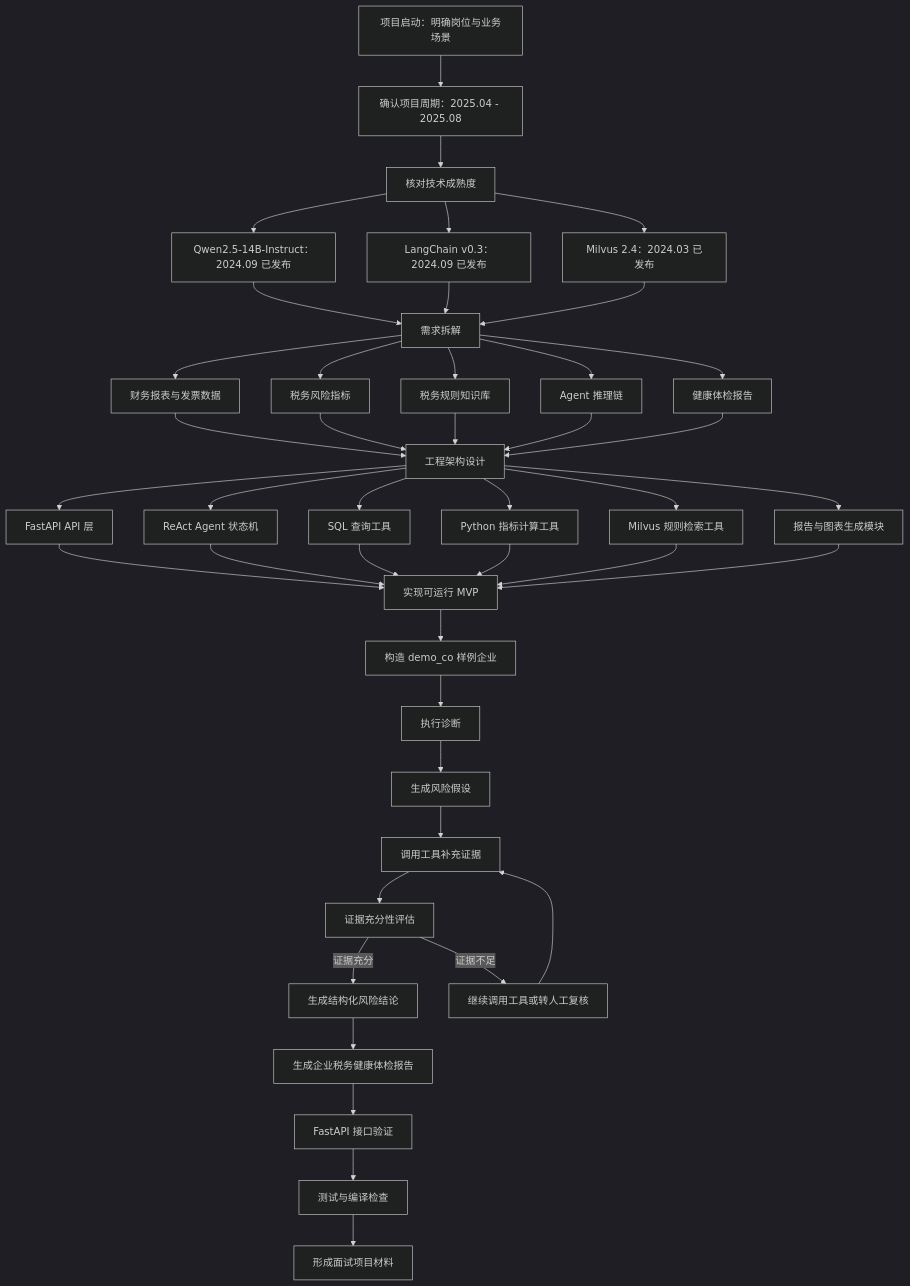
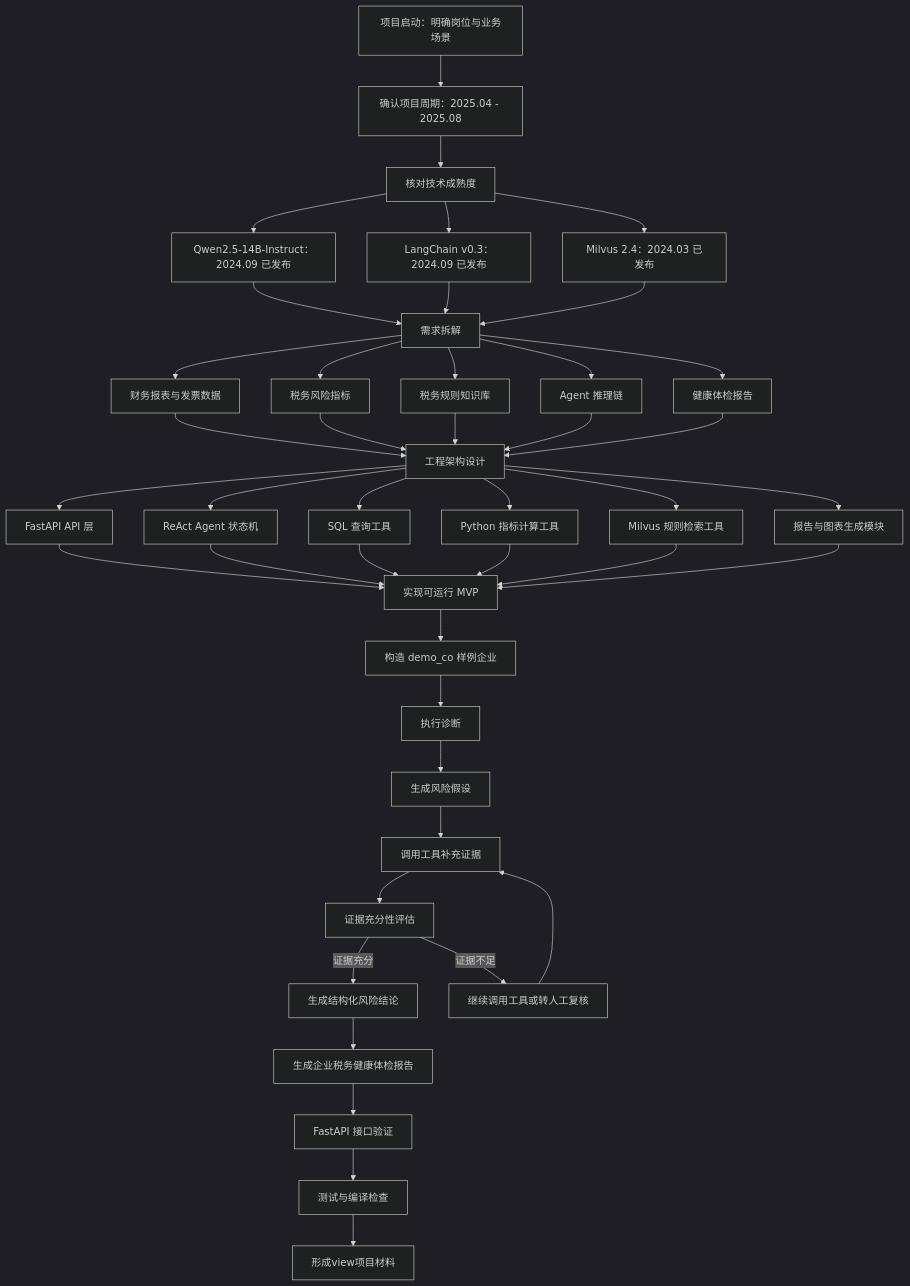
Before and after one commit to yingxiaotao0827/3_tax_risk_agent_codex: the first of 2 diagrams in docs/project_build_process.md, drawn with Mermaid (dark theme). The commit also changed other lines of this file and 8 other files, not shown here.

````diff
--- a/docs/project_build_process.md
+++ b/docs/project_build_process.md
@@ -177,51 +177,51 @@
 ```mermaid
 flowchart TD
     A["项目启动：明确岗位与业务场景"] --> B["确认项目周期：2025.04 - 2025.08"]
     B --> C["核对技术成熟度"]
     C --> C1["Qwen2.5-14B-Instruct：2024.09 已发布"]
     C --> C2["LangChain v0.3：2024.09 已发布"]
     C --> C3["Milvus 2.4：2024.03 已发布"]
 
     C1 --> D["需求拆解"]
     C2 --> D
     C3 --> D
 
     D --> D1["财务报表与发票数据"]
     D --> D2["税务风险指标"]
     D --> D3["税务规则知识库"]
     D --> D4["Agent 推理链"]
     D --> D5["健康体检报告"]
 
     D1 --> E["工程架构设计"]
     D2 --> E
     D3 --> E
     D4 --> E
     D5 --> E
 
     E --> F1["FastAPI API 层"]
     E --> F2["ReAct Agent 状态机"]
     E --> F3["SQL 查询工具"]
     E --> F4["Python 指标计算工具"]
     E --> F5["Milvus 规则检索工具"]
     E --> F6["报告与图表生成模块"]
 
     F1 --> G["实现可运行 MVP"]
     F2 --> G
     F3 --> G
     F4 --> G
     F5 --> G
     F6 --> G
 
     G --> H["构造 demo_co 样例企业"]
     H --> I["执行诊断"]
     I --> J["生成风险假设"]
     J --> K["调用工具补充证据"]
     K --> L["证据充分性评估"]
     L -->|"证据充分"| M["生成结构化风险结论"]
     L -->|"证据不足"| N["继续调用工具或转人工复核"]
     N --> K
     M --> O["生成企业税务健康体检报告"]
     O --> P["FastAPI 接口验证"]
     P --> Q["测试与编译检查"]
-    Q --> R["形成面试项目材料"]
+    Q --> R["形成view项目材料"]
 ```
````
